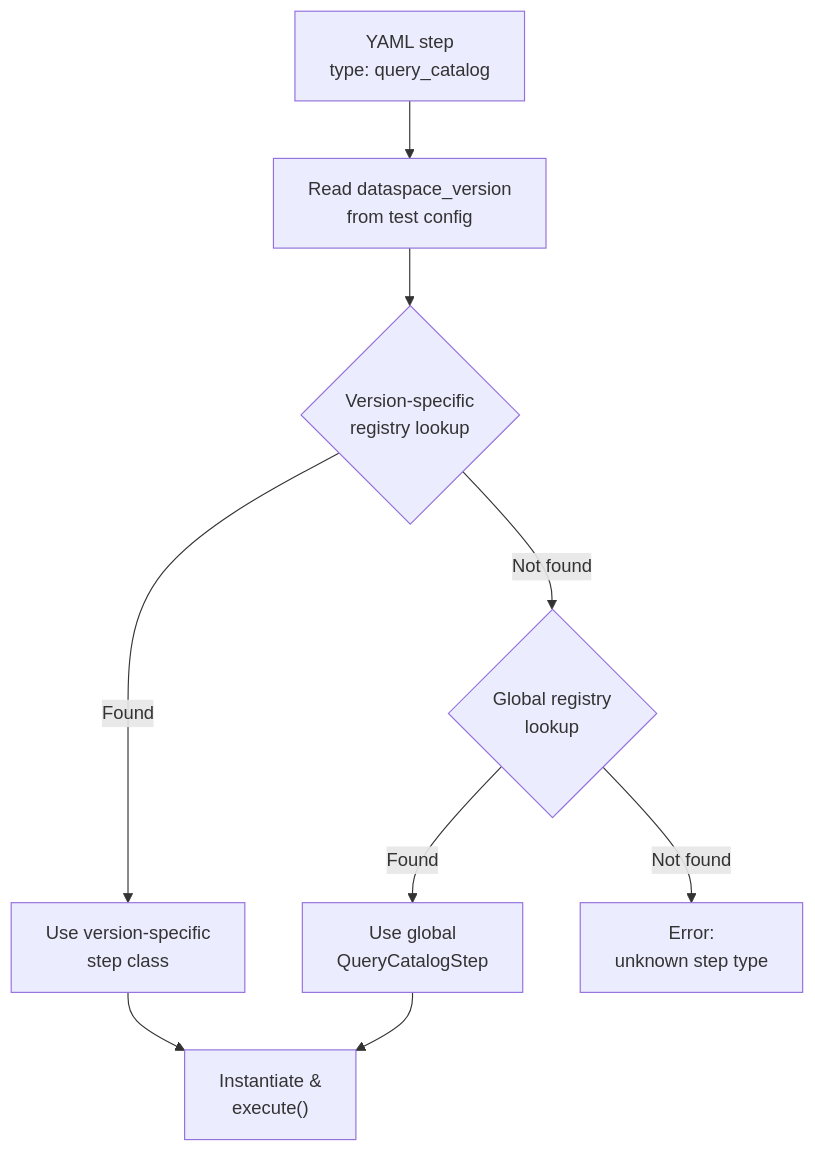
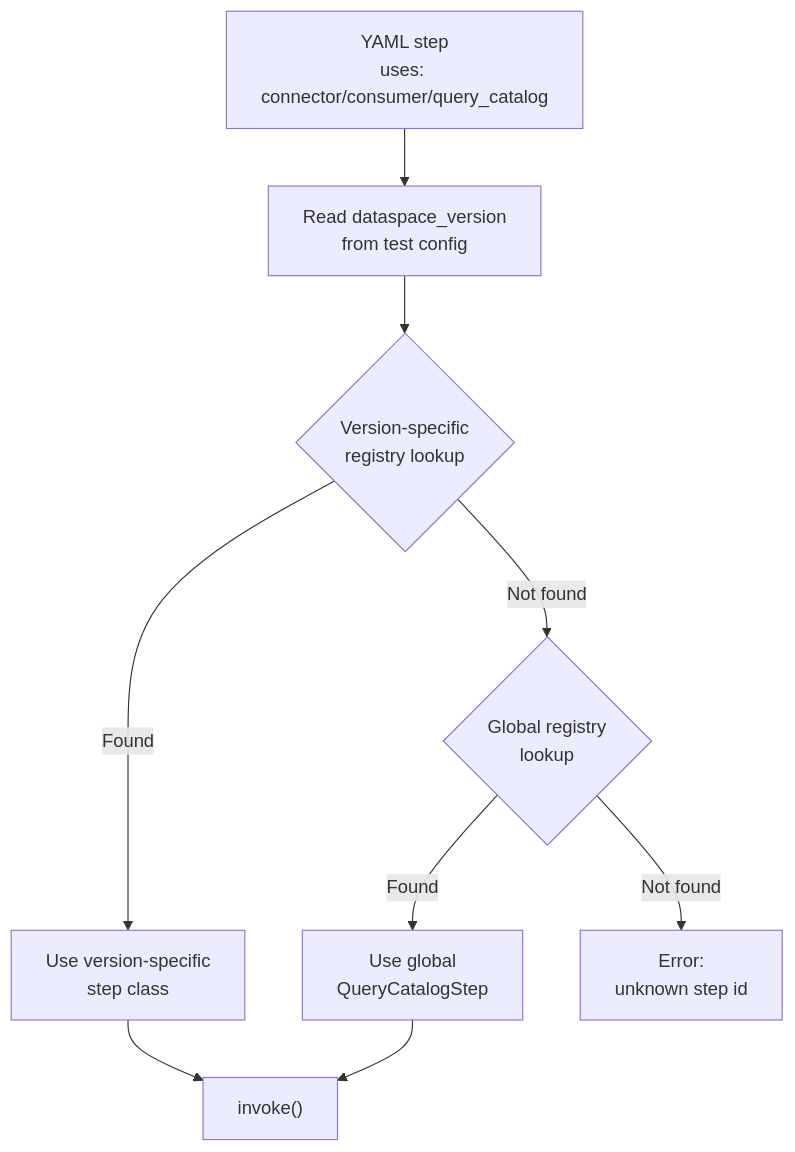
The second of 5 diagrams in docs/developer/block-lifecycle.md (eclipse-tractusx/tractusx-testlab), drawn with Mermaid before and after one commit. The commit also changed other lines of this file and 103 other files, not shown here.

````diff
--- a/docs/developer/block-lifecycle.md
+++ b/docs/developer/block-lifecycle.md
@@ -193,11 +152,11 @@
 ```mermaid
 flowchart TD
-    A["YAML step<br/>type: query_catalog"] --> B["Read dataspace_version<br/>from test config"]
+    A["YAML step<br/>uses: connector/consumer/query_catalog"] --> B["Read dataspace_version<br/>from test config"]
     B --> C{"Version-specific<br/>registry lookup"}
     C -->|"Found"| D["Use version-specific<br/>step class"]
     C -->|"Not found"| E{"Global registry<br/>lookup"}
     E -->|"Found"| F["Use global<br/>QueryCatalogStep"]
-    E -->|"Not found"| G["Error:<br/>unknown step type"]
-    D --> H["Instantiate &<br/>execute()"]
+    E -->|"Not found"| G["Error:<br/>unknown step id"]
+    D --> H["invoke()"]
     F --> H
 ```
````
